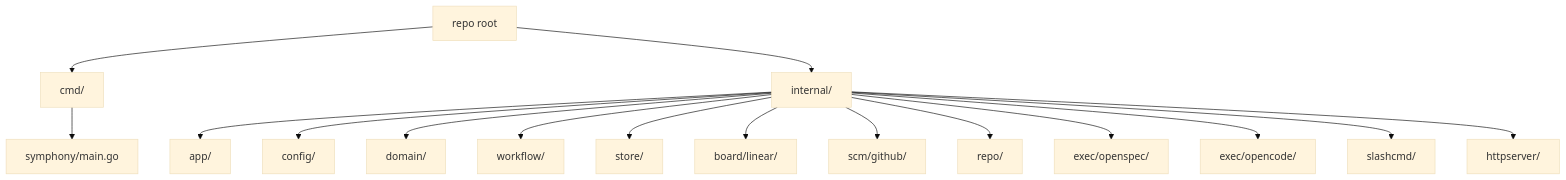
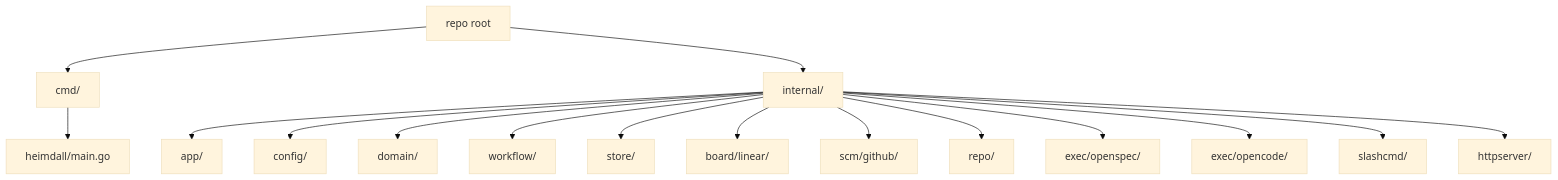
One commit to mngeow/heimdall changed the third of 3 diagrams in docs/architecture.md. Above: the diagram before and after it, drawn with Mermaid (base theme). The commit also changed other lines of this file and 112 other files, not shown here.

````diff
--- a/docs/architecture.md
+++ b/docs/architecture.md
@@ -146,18 +146,18 @@
 ```mermaid
 flowchart TB
     Root["repo root"] --> Cmd["cmd/"]
     Root --> Internal["internal/"]
-    Cmd --> Main["symphony/main.go"]
+    Cmd --> Main["heimdall/main.go"]
     Internal --> App["app/"]
     Internal --> Config["config/"]
     Internal --> Domain["domain/"]
     Internal --> Workflow["workflow/"]
     Internal --> Store["store/"]
     Internal --> Board["board/linear/"]
     Internal --> SCM["scm/github/"]
     Internal --> Repo["repo/"]
     Internal --> OpenSpec["exec/openspec/"]
     Internal --> OpenCode["exec/opencode/"]
     Internal --> SlashCmd["slashcmd/"]
     Internal --> HTTPServer["httpserver/"]
 ```
````
